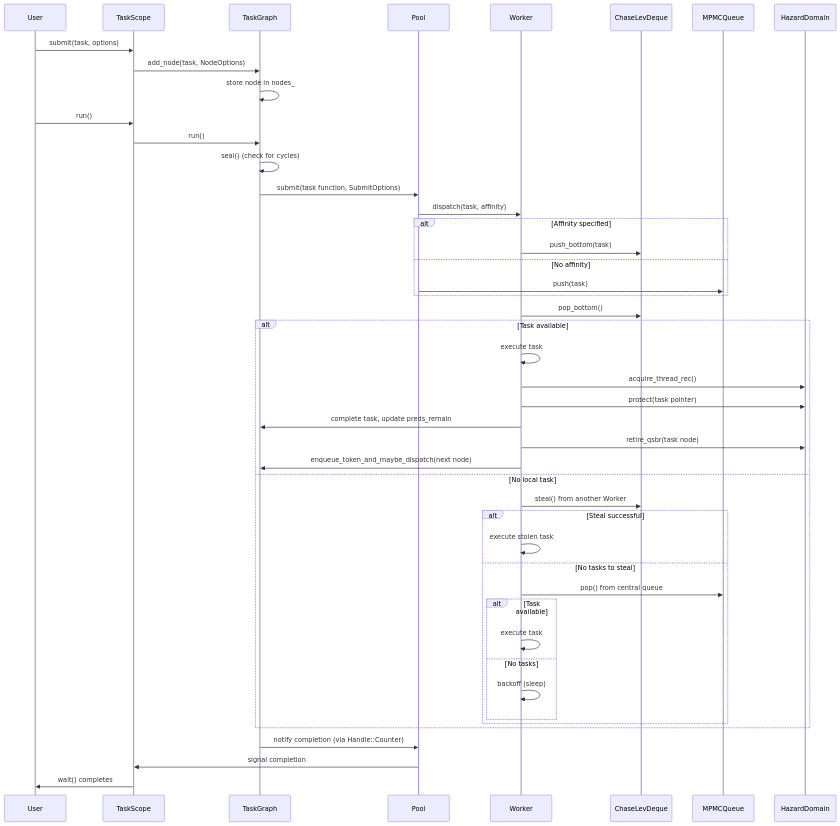
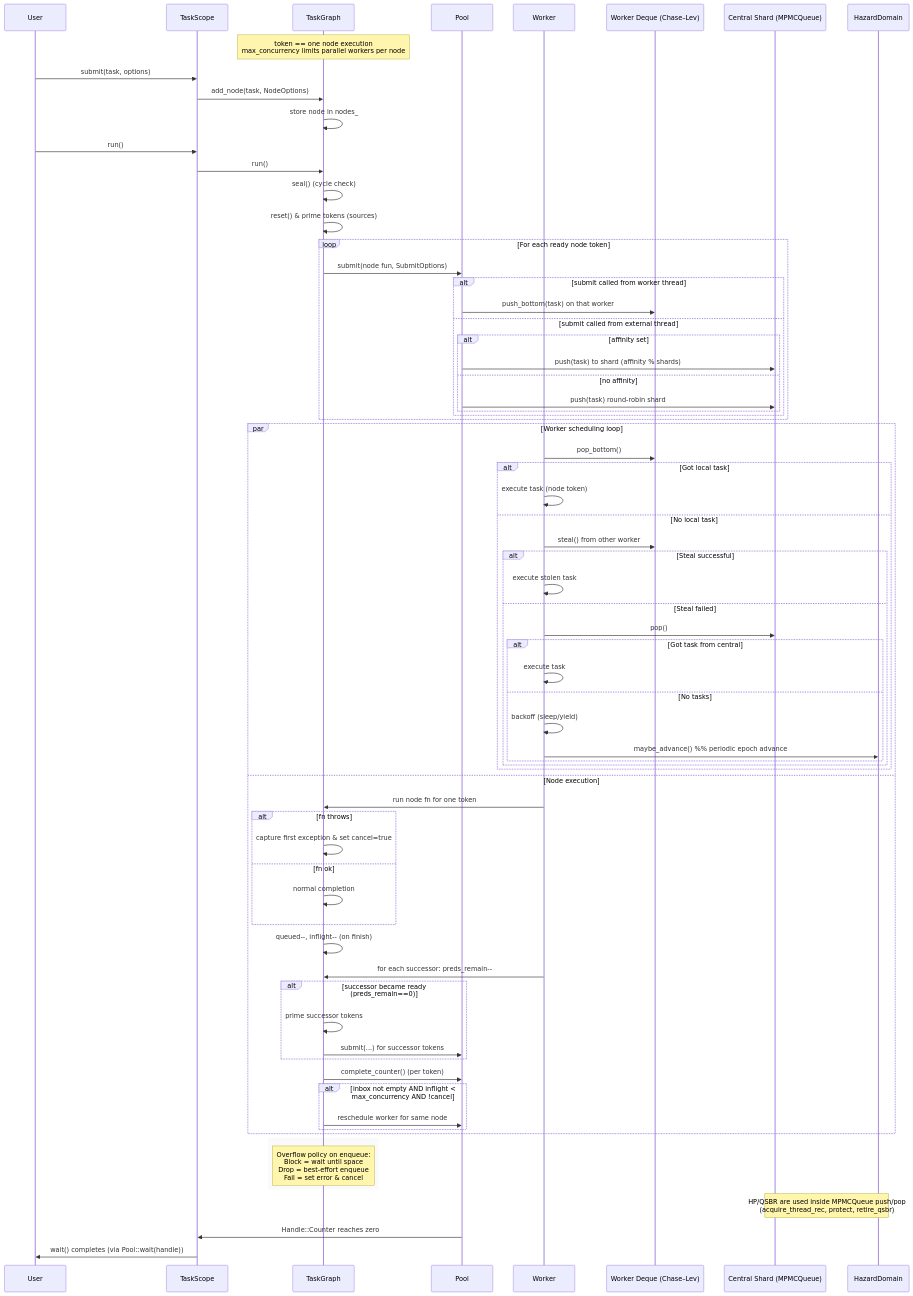
Before and after one commit to cpp20120/DagFlow: the diagram in docs/how_it_works.md, drawn with Mermaid. The commit also changed other lines of this file and 10 other files, not shown here.

Commit message:
task scope integration and extendet docs

````diff
--- a/docs/how_it_works.md
+++ b/docs/how_it_works.md
@@ -5,49 +5,82 @@
 ```mermaid
 sequenceDiagram
     participant User
     participant TaskScope
     participant TaskGraph
     participant Pool
     participant Worker
-    participant ChaseLevDeque
-    participant MPMCQueue
+    participant ChaseLevDeque as Worker Deque (Chase–Lev)
+    participant CentralMPMC as Central Shard (MPMCQueue)
     participant HazardDomain
+
+    Note over TaskGraph: token == one node execution<br/>max_concurrency limits parallel workers per node
 
     User->>TaskScope: submit(task, options)
     TaskScope->>TaskGraph: add_node(task, NodeOptions)
     TaskGraph->>TaskGraph: store node in nodes_
+
     User->>TaskScope: run()
     TaskScope->>TaskGraph: run()
-    TaskGraph->>TaskGraph: seal() (check for cycles)
-    TaskGraph->>Pool: submit(task function, SubmitOptions)
-    Pool->>Worker: dispatch(task, affinity)
-    alt Affinity specified
-        Worker->>ChaseLevDeque: push_bottom(task)
-    else No affinity
-        Pool->>MPMCQueue: push(task)
-    end
-    Worker->>ChaseLevDeque: pop_bottom()
-    alt Task available
-        Worker->>Worker: execute task
-        Worker->>HazardDomain: acquire_thread_rec()
-        Worker->>HazardDomain: protect(task pointer)
-        Worker->>TaskGraph: complete task, update preds_remain
-        Worker->>HazardDomain: retire_qsbr(task node)
-        Worker->>TaskGraph: enqueue_token_and_maybe_dispatch(next node)
-    else No local task
-        Worker->>ChaseLevDeque: steal() from another Worker
-        alt Steal successful
-            Worker->>Worker: execute stolen task
-        else No tasks to steal
-            Worker->>MPMCQueue: pop() from central queue
-            alt Task available
-                Worker->>Worker: execute task
-            else No tasks
-                Worker->>Worker: backoff (sleep)
+    TaskGraph->>TaskGraph: seal() (cycle check)
+    TaskGraph->>TaskGraph: reset() & prime tokens (sources)
+
+    loop For each ready node token
+        TaskGraph->>Pool: submit(node fun, SubmitOptions)
+        alt submit called from worker thread
+            Pool->>ChaseLevDeque: push_bottom(task) on that worker
+        else submit called from external thread
+            alt affinity set
+                Pool->>CentralMPMC: push(task) to shard (affinity % shards)
+            else no affinity
+                Pool->>CentralMPMC: push(task) round-robin shard
             end
         end
     end
-    TaskGraph->>Pool: notify completion (via Handle::Counter)
-    Pool->>TaskScope: signal completion
-    TaskScope->>User: wait() completes
+
+    par Worker scheduling loop
+        Worker->>ChaseLevDeque: pop_bottom()
+        alt Got local task
+            Worker->>Worker: execute task (node token)
+        else No local task
+            Worker->>ChaseLevDeque: steal() from other worker
+            alt Steal successful
+                Worker->>Worker: execute stolen task
+            else Steal failed
+                Worker->>CentralMPMC: pop()
+                alt Got task from central
+                    Worker->>Worker: execute task
+                else No tasks
+                    Worker->>Worker: backoff (sleep/yield)
+                    Worker->>HazardDomain: maybe_advance()  %% periodic epoch advance
+                end
+            end
+        end
+    and Node execution
+        Worker->>TaskGraph: run node fn for one token
+        alt fn throws
+            TaskGraph->>TaskGraph: capture first exception & set cancel=true
+        else fn ok
+            TaskGraph->>TaskGraph: normal completion
+        end
+        TaskGraph->>TaskGraph: queued--, inflight-- (on finish)
+        Worker->>TaskGraph: for each successor: preds_remain--
+        alt successor became ready (preds_remain==0)
+            TaskGraph->>TaskGraph: prime successor tokens
+            TaskGraph->>Pool: submit(...) for successor tokens
+        end
+        TaskGraph->>Pool: complete_counter() (per token)
+        alt inbox not empty AND inflight < max_concurrency AND !cancel
+            TaskGraph->>Pool: reschedule worker for same node
+        end
+    end
+
+    rect rgb(250,250,250)
+    note over TaskGraph: Overflow policy on enqueue:<br/>Block = wait until space<br/>Drop = best-effort enqueue<br/>Fail = set error & cancel
+    end
+
+    note over CentralMPMC,HazardDomain: HP/QSBR are used inside MPMCQueue push/pop<br/>(acquire_thread_rec, protect, retire_qsbr)
+
+    Pool->>TaskScope: Handle::Counter reaches zero
+    TaskScope->>User: wait() completes (via Pool::wait(handle))
+
 ```
````
